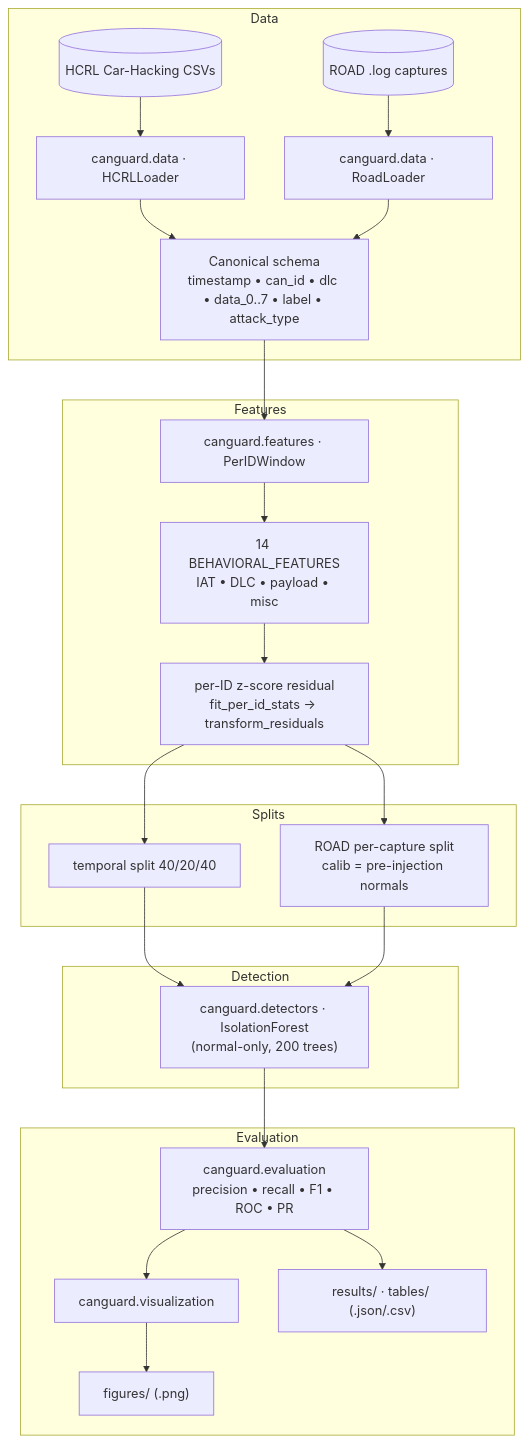
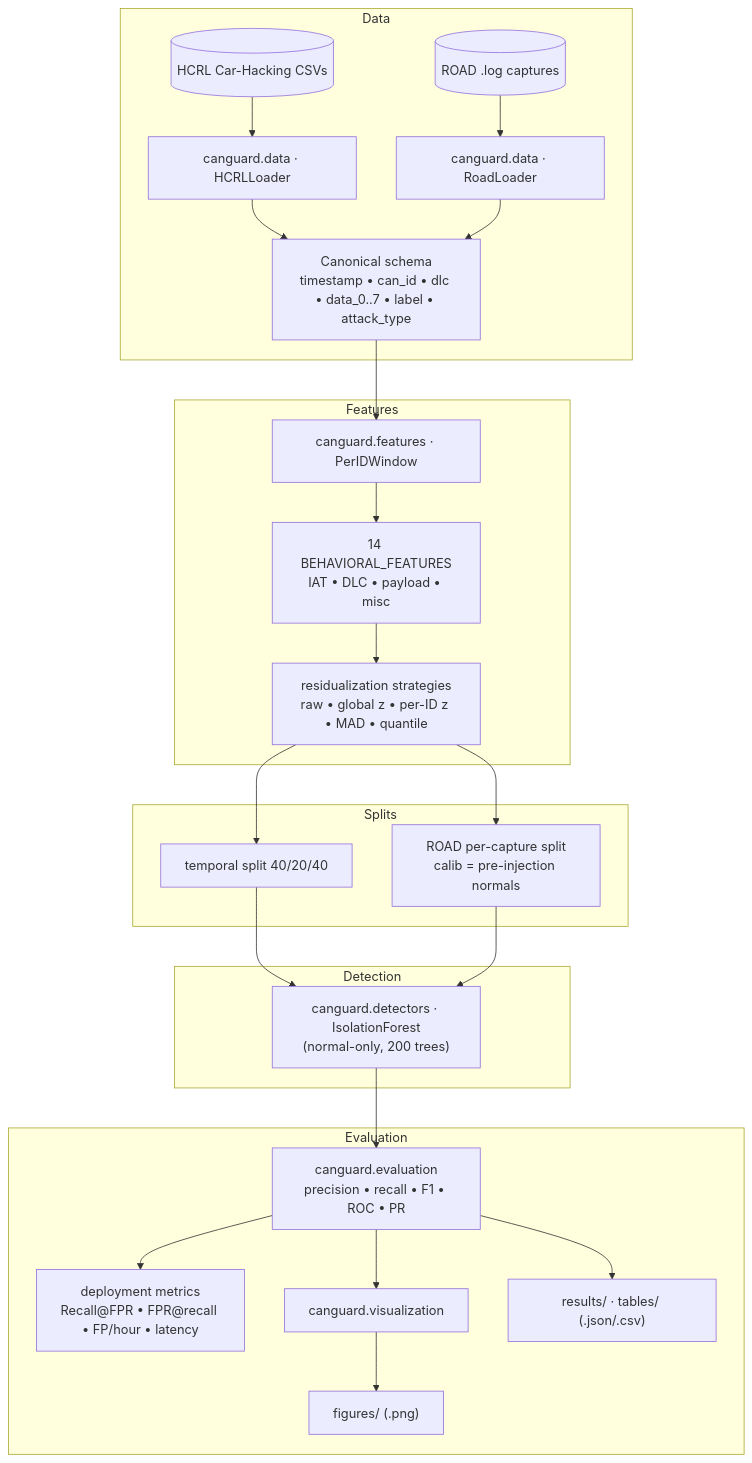
One commit to ChandanHegde07/CANguard changed the diagram in README.md. Above: the diagram before and after it, drawn with Mermaid. The commit also changed other lines of this file, not shown here.

````diff
--- a/README.md
+++ b/README.md
@@ -13,32 +13,33 @@
 ```mermaid
 flowchart TD
     subgraph Data
         H[("HCRL Car-Hacking CSVs")] --> HL["canguard.data · HCRLLoader"]
         R[("ROAD .log captures")] --> RL["canguard.data · RoadLoader"]
         HL --> CS["Canonical schema<br/>timestamp • can_id • dlc • data_0..7 • label • attack_type"]
         RL --> CS
     end
 
     subgraph Features
         CS --> Win["canguard.features · PerIDWindow"]
         Win --> BF["14 BEHAVIORAL_FEATURES<br/>IAT • DLC • payload • misc"]
-        BF --> Res["per-ID z-score residual<br/>fit_per_id_stats → transform_residuals"]
+        BF --> Res["residualization strategies<br/>raw • global z • per-ID z • MAD • quantile"]
     end
 
     subgraph Splits
         Res --> TR["temporal split 40/20/40"]
         Res --> PC["ROAD per-capture split<br/>calib = pre-injection normals"]
     end
 
     subgraph Detection
         TR --> IF["canguard.detectors · IsolationForest<br/>(normal-only, 200 trees)"]
         PC --> IF
     end
 
     subgraph Evaluation
         IF --> M["canguard.evaluation<br/>precision • recall • F1 • ROC • PR"]
+        M --> D["deployment metrics<br/>Recall@FPR • FPR@recall • FP/hour • latency"]
         M --> V["canguard.visualization"]
         V --> F["figures/ (.png)"]
         M --> O["results/ · tables/ (.json/.csv)"]
     end
 ```
````
